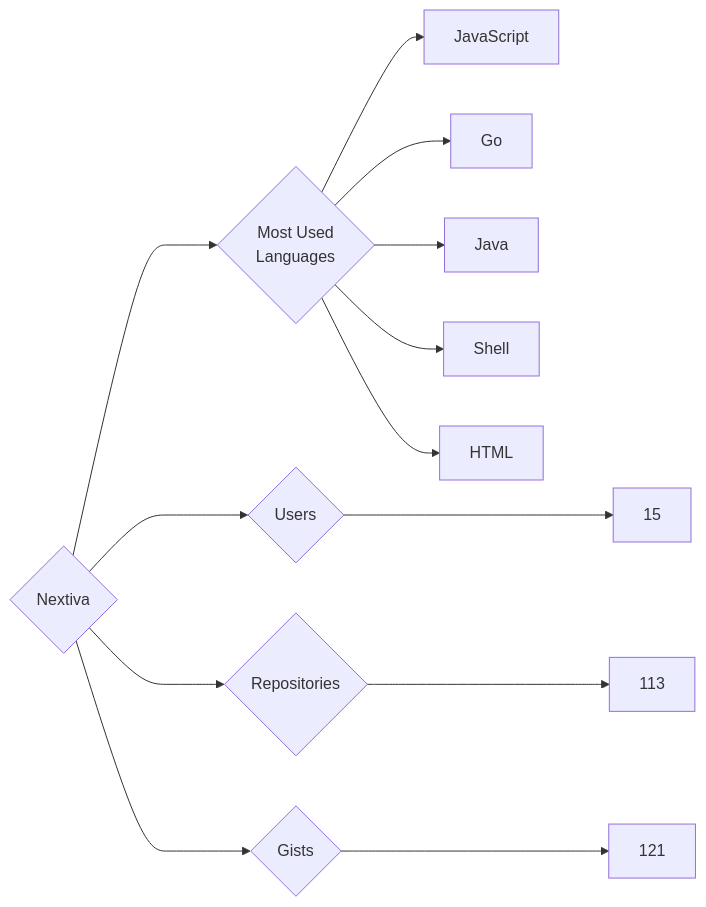
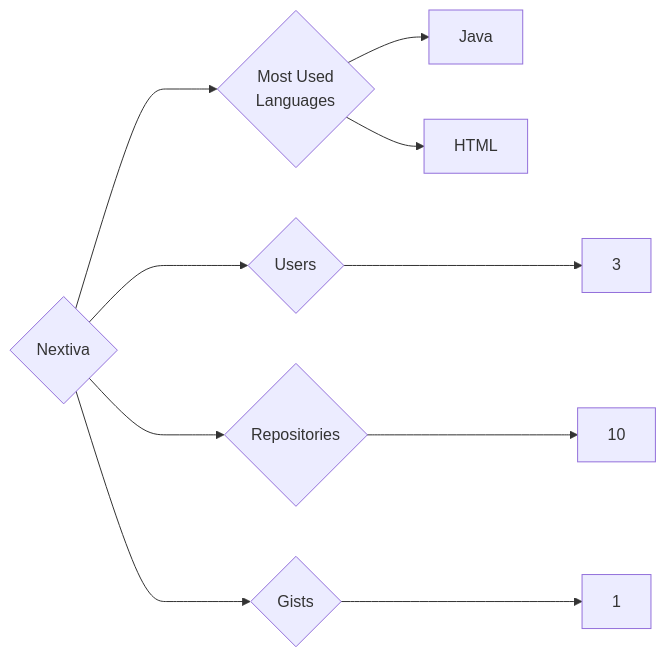
Before and after one commit to trickest/insiders: the diagram in targets/Nextiva/README.md, drawn with Mermaid. The commit also changed 870 other files, not shown here.

````diff
--- a/targets/Nextiva/README.md
+++ b/targets/Nextiva/README.md
@@ -3,13 +3,10 @@
 ```mermaid
 graph LR
 COMPANY_NAME{Nextiva}
-COMPANY_NAME ---> U{Users} ---> UN[15]
-COMPANY_NAME ---> R{Repositories} ---> RN[113]
-COMPANY_NAME ---> G{Gists} ---> GN[121]
+COMPANY_NAME ---> U{Users} ---> UN[3]
+COMPANY_NAME ---> R{Repositories} ---> RN[10]
+COMPANY_NAME ---> G{Gists} ---> GN[1]
 COMPANY_NAME ---> ML{Most Used<br>Languages}
-ML --> JavaScript[JavaScript]
-ML --> Go[Go]
 ML --> Java[Java]
-ML --> Shell[Shell]
 ML --> HTML[HTML]
 ```
````
